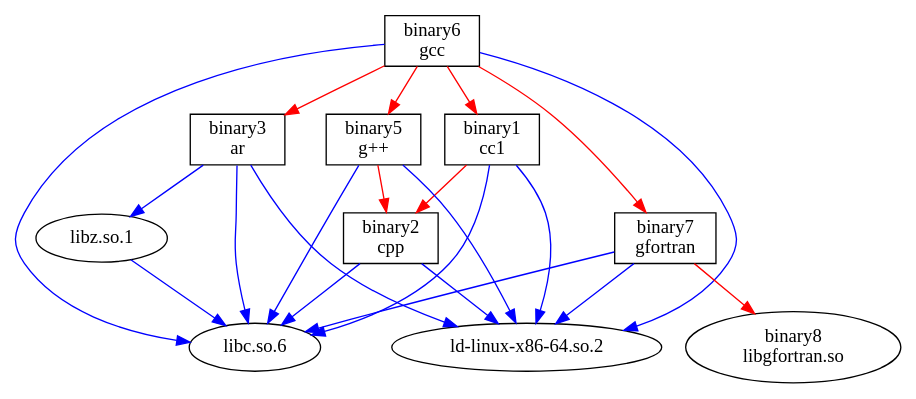
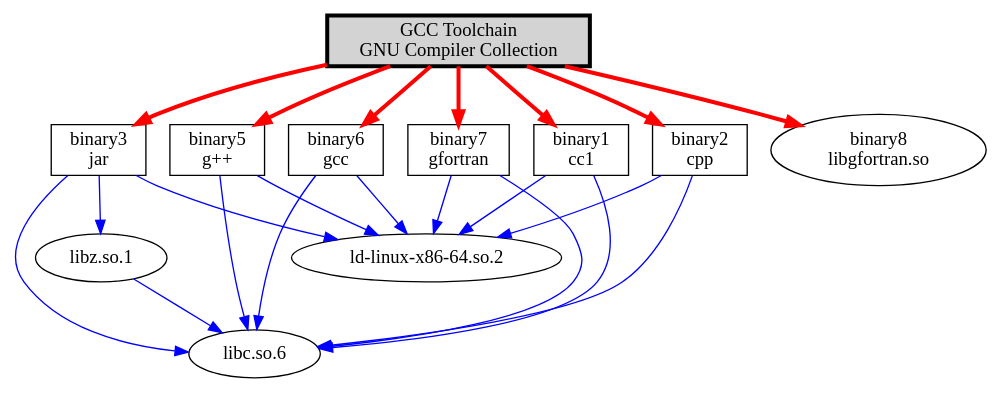
One commit to p7k-S/ISPuaro changed the diagram in scripts/sbom_graph.dot. Above: the diagram before and after it, drawn with Graphviz. The commit also changed 4 other files, not shown here.

```diff
--- a/scripts/sbom_graph.dot
+++ b/scripts/sbom_graph.dot
@@ -1,37 +1,38 @@
 digraph SBOM {
     node [shape=record];
     // Metadata
     // Platform: x86_64-linux-gnu (x86_64)
     // Description: GNU Compiler Collection
+    "pkg:deb/debian/gcc@4.1.2" [label="GCC Toolchain\nGNU Compiler Collection", shape=box, style="bold,filled", fillcolor=lightgray, penwidth=3];
     "2bc75fa5ad779c5329d271546bcf9f65" [label="binary1\ncc1", shape=box];
-    "2bc75fa5ad779c5329d271546bcf9f65" -> "2f25beac43c57116de46e227db57d08b" [color=red];
+    "pkg:deb/debian/gcc@4.1.2" -> "2bc75fa5ad779c5329d271546bcf9f65" [color=red, style=bold, penwidth=3];
     "2bc75fa5ad779c5329d271546bcf9f65" -> "009a09df458d78514d3f7324b74da26c" [color=blue];
     "2bc75fa5ad779c5329d271546bcf9f65" -> "786209f5ea18ea186d34979aa51f3343" [color=blue];
     "009a09df458d78514d3f7324b74da26c" [label="libc.so.6\n", shape=ellipse];
     "786209f5ea18ea186d34979aa51f3343" [label="ld-linux-x86-64.so.2\n", shape=ellipse];
     "2f25beac43c57116de46e227db57d08b" [label="binary2\ncpp", shape=box];
+    "pkg:deb/debian/gcc@4.1.2" -> "2f25beac43c57116de46e227db57d08b" [color=red, style=bold, penwidth=3];
     "2f25beac43c57116de46e227db57d08b" -> "009a09df458d78514d3f7324b74da26c" [color=blue];
     "2f25beac43c57116de46e227db57d08b" -> "786209f5ea18ea186d34979aa51f3343" [color=blue];
-    "ca21ec459bc61bf3f37b802de95643b5" [label="binary3\nar", shape=box];
+    "ca21ec459bc61bf3f37b802de95643b5" [label="binary3\njar", shape=box];
+    "pkg:deb/debian/gcc@4.1.2" -> "ca21ec459bc61bf3f37b802de95643b5" [color=red, style=bold, penwidth=3];
     "ca21ec459bc61bf3f37b802de95643b5" -> "a472f69d270ee71120f52afd509771bc" [color=blue];
     "ca21ec459bc61bf3f37b802de95643b5" -> "009a09df458d78514d3f7324b74da26c" [color=blue];
     "ca21ec459bc61bf3f37b802de95643b5" -> "786209f5ea18ea186d34979aa51f3343" [color=blue];
     "a472f69d270ee71120f52afd509771bc" [label="libz.so.1\n", shape=ellipse];
     "a472f69d270ee71120f52afd509771bc" -> "009a09df458d78514d3f7324b74da26c" [color=blue];
     "9d7a37a8d8926db082066c37ff6852fc" [label="binary5\ng++", shape=box];
-    "9d7a37a8d8926db082066c37ff6852fc" -> "2f25beac43c57116de46e227db57d08b" [color=red];
+    "pkg:deb/debian/gcc@4.1.2" -> "9d7a37a8d8926db082066c37ff6852fc" [color=red, style=bold, penwidth=3];
     "9d7a37a8d8926db082066c37ff6852fc" -> "009a09df458d78514d3f7324b74da26c" [color=blue];
     "9d7a37a8d8926db082066c37ff6852fc" -> "786209f5ea18ea186d34979aa51f3343" [color=blue];
     "146b59f46d09b9234d28aa1db18a8e88" [label="binary6\ngcc", shape=box];
-    "146b59f46d09b9234d28aa1db18a8e88" -> "9d7a37a8d8926db082066c37ff6852fc" [color=red];
-    "146b59f46d09b9234d28aa1db18a8e88" -> "40aa837904b50328ebbf3a3380e966dc" [color=red];
-    "146b59f46d09b9234d28aa1db18a8e88" -> "2bc75fa5ad779c5329d271546bcf9f65" [color=red];
-    "146b59f46d09b9234d28aa1db18a8e88" -> "ca21ec459bc61bf3f37b802de95643b5" [color=red];
+    "pkg:deb/debian/gcc@4.1.2" -> "146b59f46d09b9234d28aa1db18a8e88" [color=red, style=bold, penwidth=3];
     "146b59f46d09b9234d28aa1db18a8e88" -> "009a09df458d78514d3f7324b74da26c" [color=blue];
     "146b59f46d09b9234d28aa1db18a8e88" -> "786209f5ea18ea186d34979aa51f3343" [color=blue];
     "40aa837904b50328ebbf3a3380e966dc" [label="binary7\ngfortran", shape=box];
-    "40aa837904b50328ebbf3a3380e966dc" -> "26baa7feee82f39e2738cfe1f603d776" [color=red];
+    "pkg:deb/debian/gcc@4.1.2" -> "40aa837904b50328ebbf3a3380e966dc" [color=red, style=bold, penwidth=3];
     "40aa837904b50328ebbf3a3380e966dc" -> "009a09df458d78514d3f7324b74da26c" [color=blue];
     "40aa837904b50328ebbf3a3380e966dc" -> "786209f5ea18ea186d34979aa51f3343" [color=blue];
     "26baa7feee82f39e2738cfe1f603d776" [label="binary8\nlibgfortran.so", shape=ellipse];
+    "pkg:deb/debian/gcc@4.1.2" -> "26baa7feee82f39e2738cfe1f603d776" [color=red, style=bold, penwidth=3];
 }
```
